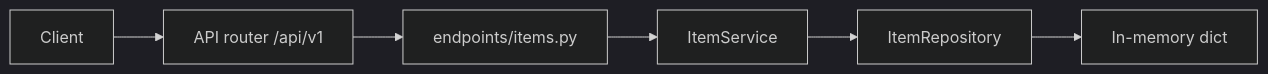
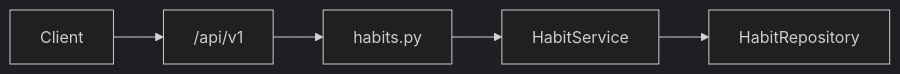
One commit to poluru-labs/fastapi-realworld-projects changed the diagram in beginner/fastapi-habit-tracker/README.md. Above: the diagram before and after it, drawn with Mermaid (dark theme). The commit also changed other lines of this file and 19 other files, not shown here.

Commit message:
modified, added apis docs and endpoints for beginner/fastapi-habit-tracker

````diff
--- a/beginner/fastapi-habit-tracker/README.md
+++ b/beginner/fastapi-habit-tracker/README.md
@@ -33,8 +33,7 @@
 ```mermaid
 flowchart LR
-  Client --> Router["API router /api/v1"]
-  Router --> Endpoints["endpoints/items.py"]
-  Endpoints --> Service["ItemService"]
-  Service --> Repo["ItemRepository"]
-  Repo --> Memory["In-memory dict"]
+  Client --> Router["/api/v1"]
+  Router --> Endpoints["habits.py"]
+  Endpoints --> Service["HabitService"]
+  Service --> Repo["HabitRepository"]
 ```
````
